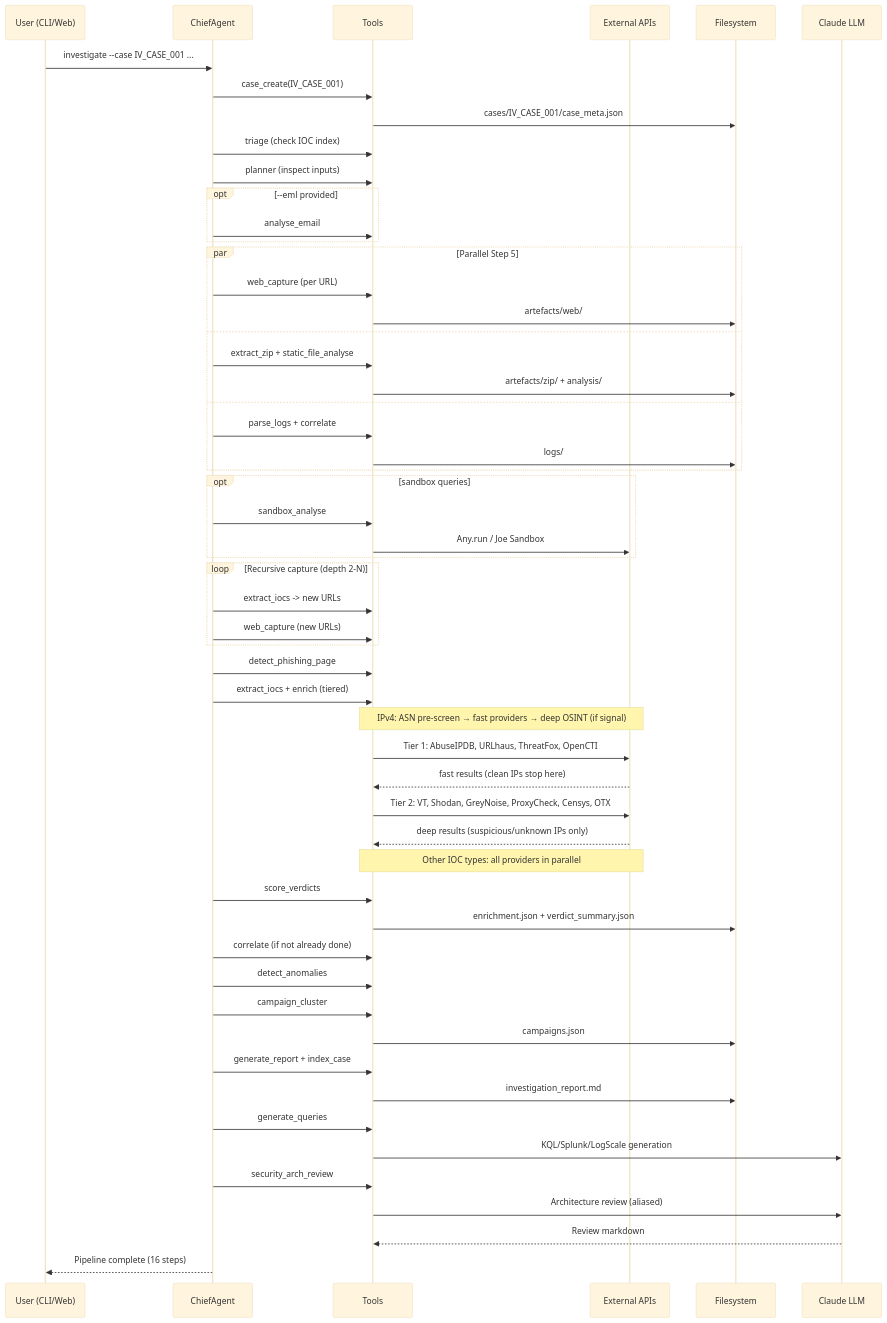
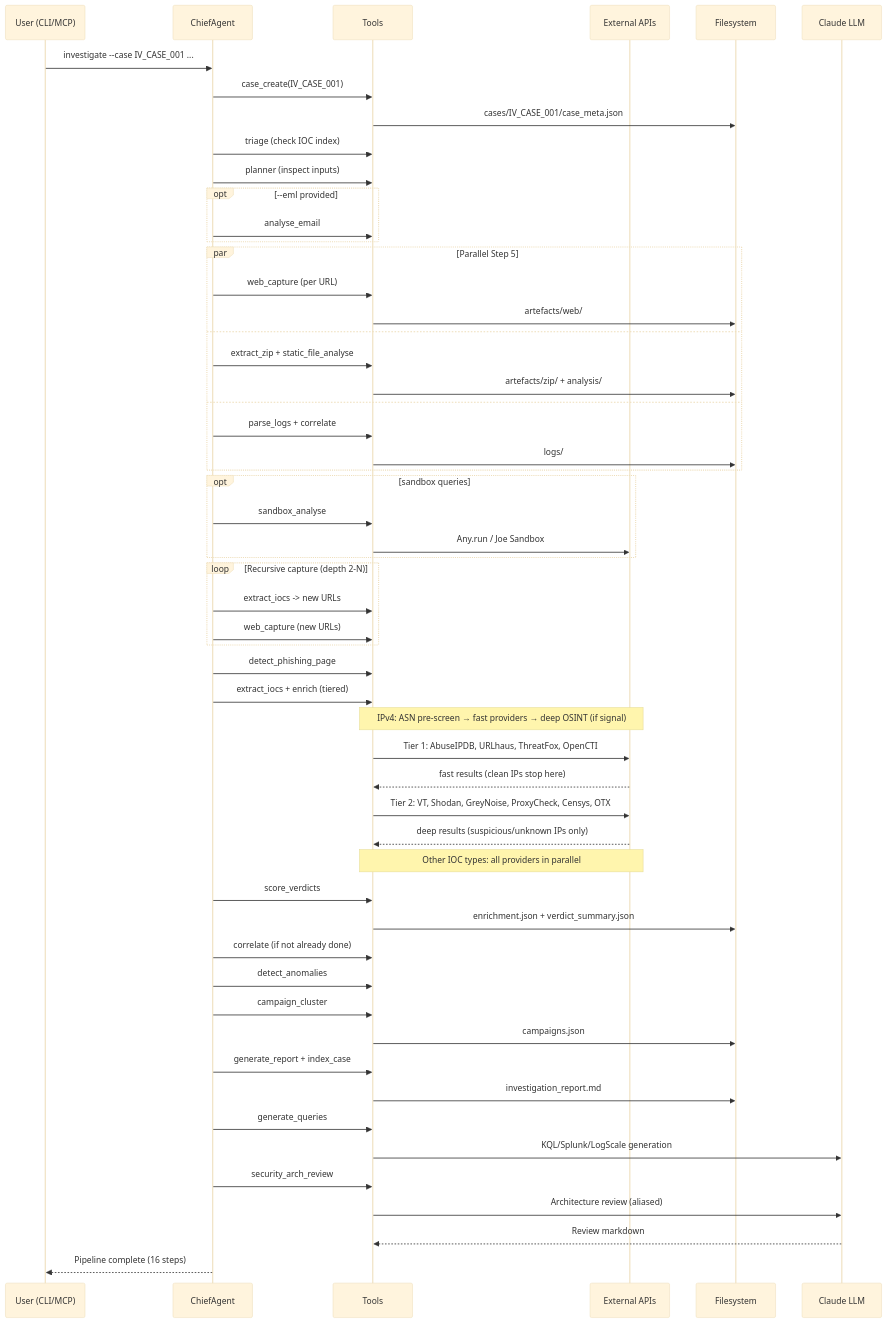
One commit to WillBanasik/socai changed the second of 5 diagrams in docs/architecture_diagram.md. Above: the diagram before and after it, drawn with Mermaid (base theme). The commit also changed other lines of this file and 133 other files, not shown here.

First line of the commit message:
Remove Web UI, add Sentinel composite queries, FP tuning tickets, and MCP usage tracking

````diff
--- a/docs/architecture_diagram.md
+++ b/docs/architecture_diagram.md
@@ -153,69 +151,69 @@
 ```mermaid
 sequenceDiagram
-    participant U as User (CLI/Web)
+    participant U as User (CLI/MCP)
     participant C as ChiefAgent
     participant T as Tools
     participant E as External APIs
     participant F as Filesystem
     participant L as Claude LLM
 
     U->>C: investigate --case IV_CASE_001 ...
     C->>T: case_create(IV_CASE_001)
     T->>F: cases/IV_CASE_001/case_meta.json
 
     C->>T: triage (check IOC index)
     C->>T: planner (inspect inputs)
 
     opt --eml provided
         C->>T: analyse_email
     end
 
     par Parallel Step 5
         C->>T: web_capture (per URL)
         T->>F: artefacts/web/
     and
         C->>T: extract_zip + static_file_analyse
         T->>F: artefacts/zip/ + analysis/
     and
         C->>T: parse_logs + correlate
         T->>F: logs/
     end
 
     opt sandbox queries
         C->>T: sandbox_analyse
         T->>E: Any.run / Joe Sandbox
     end
 
     loop Recursive capture (depth 2-N)
         C->>T: extract_iocs -> new URLs
         C->>T: web_capture (new URLs)
     end
 
     C->>T: detect_phishing_page
     C->>T: extract_iocs + enrich (tiered)
     Note over T,E: IPv4: ASN pre-screen → fast providers → deep OSINT (if signal)
     T->>E: Tier 1: AbuseIPDB, URLhaus, ThreatFox, OpenCTI
     E-->>T: fast results (clean IPs stop here)
     T->>E: Tier 2: VT, Shodan, GreyNoise, ProxyCheck, Censys, OTX
     E-->>T: deep results (suspicious/unknown IPs only)
     Note over T,E: Other IOC types: all providers in parallel
     C->>T: score_verdicts
     T->>F: enrichment.json + verdict_summary.json
 
     C->>T: correlate (if not already done)
     C->>T: detect_anomalies
     C->>T: campaign_cluster
     T->>F: campaigns.json
 
     C->>T: generate_report + index_case
     T->>F: investigation_report.md
 
     C->>T: generate_queries
     T->>L: KQL/Splunk/LogScale generation
 
     C->>T: security_arch_review
     T->>L: Architecture review (aliased)
     L-->>T: Review markdown
 
     C-->>U: Pipeline complete (16 steps)
 ```
````
